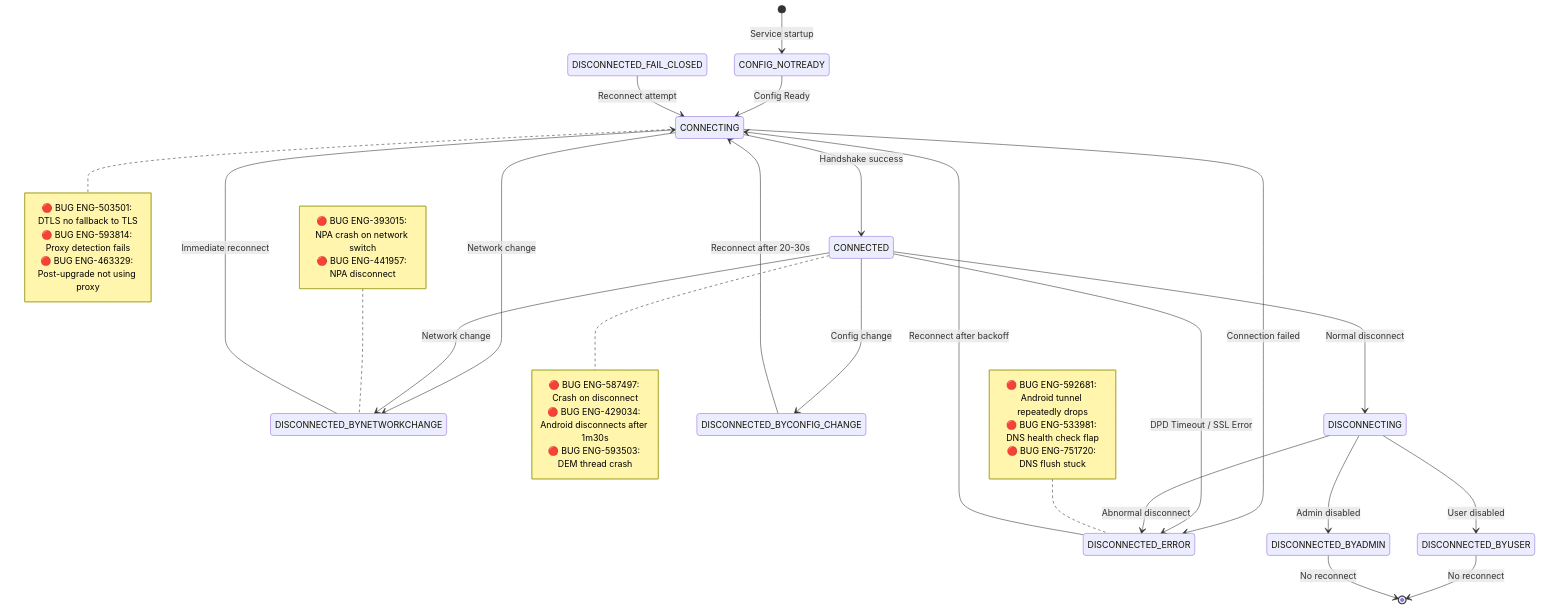
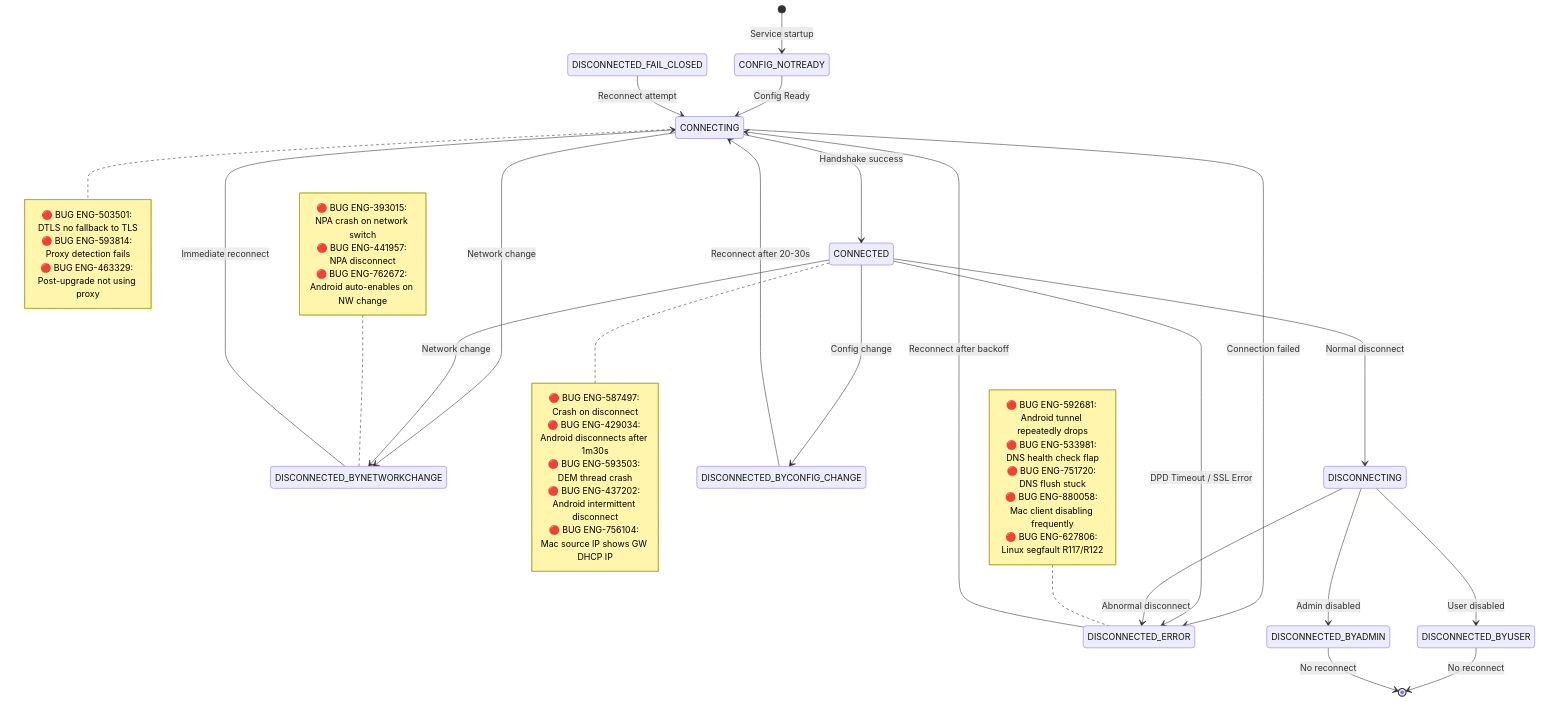
One commit to ns-klin/endpoint_system_test_plan changed the first of 5 diagrams in chapters/07_tunnel_management.md. Above: the diagram before and after it, drawn with Mermaid. The commit also changed other lines of this file and 26 other files, not shown here.

First line of the commit message:
Add 87 bugs from Excel enrichment and integrate into mermaid diagrams

````diff
--- a/chapters/07_tunnel_management.md
+++ b/chapters/07_tunnel_management.md
@@ -33,50 +33,55 @@
 ```mermaid
 stateDiagram-v2
     [*] --> CONFIG_NOTREADY: Service startup
 
     CONFIG_NOTREADY --> CONNECTING: Config Ready
     
     CONNECTING --> CONNECTED: Handshake success
     CONNECTING --> DISCONNECTED_ERROR: Connection failed
     CONNECTING --> DISCONNECTED_BYNETWORKCHANGE: Network change
     
     CONNECTED --> DISCONNECTING: Normal disconnect
     CONNECTED --> DISCONNECTED_ERROR: DPD Timeout / SSL Error
     CONNECTED --> DISCONNECTED_BYNETWORKCHANGE: Network change
     CONNECTED --> DISCONNECTED_BYCONFIG_CHANGE: Config change
     
     DISCONNECTING --> DISCONNECTED_BYUSER: User disabled
     DISCONNECTING --> DISCONNECTED_BYADMIN: Admin disabled
     DISCONNECTING --> DISCONNECTED_ERROR: Abnormal disconnect
     
     DISCONNECTED_ERROR --> CONNECTING: Reconnect after backoff
     DISCONNECTED_BYNETWORKCHANGE --> CONNECTING: Immediate reconnect
     DISCONNECTED_BYCONFIG_CHANGE --> CONNECTING: Reconnect after 20-30s
     DISCONNECTED_FAIL_CLOSED --> CONNECTING: Reconnect attempt
     
     DISCONNECTED_BYUSER --> [*]: No reconnect
     DISCONNECTED_BYADMIN --> [*]: No reconnect
 
     note right of CONNECTING
         🔴 BUG ENG-503501: DTLS no fallback to TLS
         🔴 BUG ENG-593814: Proxy detection fails
         🔴 BUG ENG-463329: Post-upgrade not using proxy
     end note
 
     note right of CONNECTED
         🔴 BUG ENG-587497: Crash on disconnect
         🔴 BUG ENG-429034: Android disconnects after 1m30s
         🔴 BUG ENG-593503: DEM thread crash
+        🔴 BUG ENG-437202: Android intermittent disconnect
+        🔴 BUG ENG-756104: Mac source IP shows GW DHCP IP
     end note
 
     note left of DISCONNECTED_ERROR
         🔴 BUG ENG-592681: Android tunnel repeatedly drops
         🔴 BUG ENG-533981: DNS health check flap
         🔴 BUG ENG-751720: DNS flush stuck
+        🔴 BUG ENG-880058: Mac client disabling frequently
+        🔴 BUG ENG-627806: Linux segfault R117/R122
     end note
 
     note left of DISCONNECTED_BYNETWORKCHANGE
         🔴 BUG ENG-393015: NPA crash on network switch
         🔴 BUG ENG-441957: NPA disconnect
+        🔴 BUG ENG-762672: Android auto-enables on NW change
     end note
 ```
````
